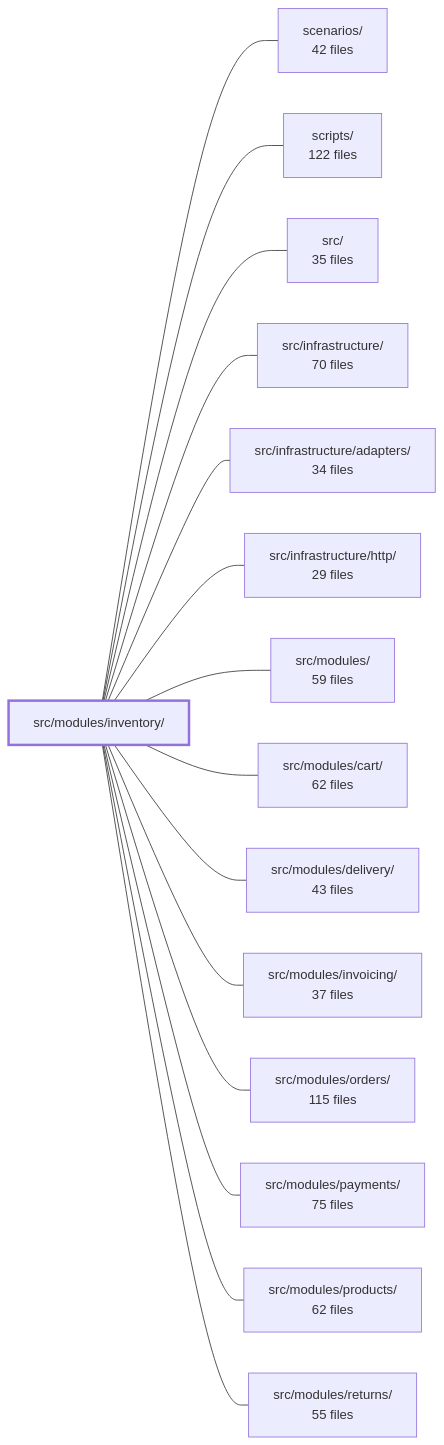
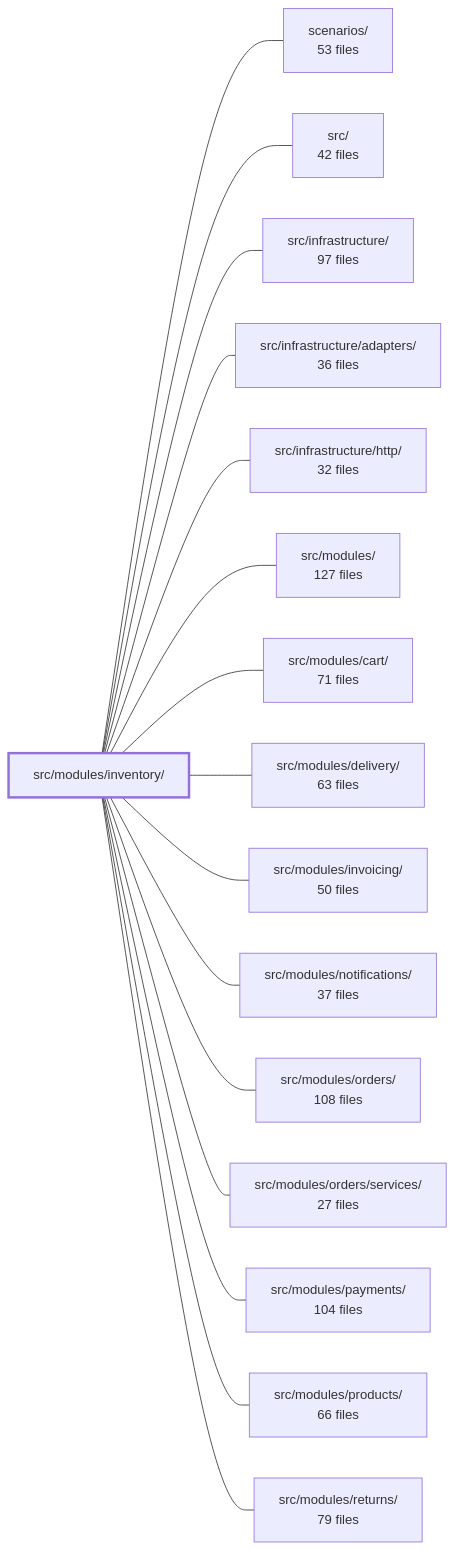
The diagram in .2brain/modules/boilerplate-node-backend_src_modules_inventory.md (Guebbit/boilerplate-node-backend), drawn with Mermaid before and after one commit. The commit also changed other lines of this file and 1775 other files, not shown here.

````diff
--- a/.2brain/modules/boilerplate-node-backend_src_modules_inventory.md
+++ b/.2brain/modules/boilerplate-node-backend_src_modules_inventory.md
@@ -44,33 +44,35 @@
 ```mermaid
 flowchart LR
     m_src_modules_inventory["src/modules/inventory/"]
-    m_scenarios["scenarios/<br/>42 files"]
-    m_scripts["scripts/<br/>122 files"]
-    m_src["src/<br/>35 files"]
-    m_src_infrastructure["src/infrastructure/<br/>70 files"]
-    m_src_infrastructure_adapters["src/infrastructure/adapters/<br/>34 files"]
-    m_src_infrastructure_http["src/infrastructure/http/<br/>29 files"]
-    m_src_modules["src/modules/<br/>59 files"]
-    m_src_modules_cart["src/modules/cart/<br/>62 files"]
-    m_src_modules_delivery["src/modules/delivery/<br/>43 files"]
-    m_src_modules_invoicing["src/modules/invoicing/<br/>37 files"]
-    m_src_modules_orders["src/modules/orders/<br/>115 files"]
-    m_src_modules_payments["src/modules/payments/<br/>75 files"]
-    m_src_modules_products["src/modules/products/<br/>62 files"]
-    m_src_modules_returns["src/modules/returns/<br/>55 files"]
+    m_scenarios["scenarios/<br/>53 files"]
+    m_src["src/<br/>42 files"]
+    m_src_infrastructure["src/infrastructure/<br/>97 files"]
+    m_src_infrastructure_adapters["src/infrastructure/adapters/<br/>36 files"]
+    m_src_infrastructure_http["src/infrastructure/http/<br/>32 files"]
+    m_src_modules["src/modules/<br/>127 files"]
+    m_src_modules_cart["src/modules/cart/<br/>71 files"]
+    m_src_modules_delivery["src/modules/delivery/<br/>63 files"]
+    m_src_modules_invoicing["src/modules/invoicing/<br/>50 files"]
+    m_src_modules_notifications["src/modules/notifications/<br/>37 files"]
+    m_src_modules_orders["src/modules/orders/<br/>108 files"]
+    m_src_modules_orders_services["src/modules/orders/services/<br/>27 files"]
+    m_src_modules_payments["src/modules/payments/<br/>104 files"]
+    m_src_modules_products["src/modules/products/<br/>66 files"]
+    m_src_modules_returns["src/modules/returns/<br/>79 files"]
     m_src_modules_inventory --- m_scenarios
-    m_src_modules_inventory --- m_scripts
     m_src_modules_inventory --- m_src
     m_src_modules_inventory --- m_src_infrastructure
     m_src_modules_inventory --- m_src_infrastructure_adapters
     m_src_modules_inventory --- m_src_infrastructure_http
     m_src_modules_inventory --- m_src_modules
     m_src_modules_inventory --- m_src_modules_cart
     m_src_modules_inventory --- m_src_modules_delivery
     m_src_modules_inventory --- m_src_modules_invoicing
+    m_src_modules_inventory --- m_src_modules_notifications
     m_src_modules_inventory --- m_src_modules_orders
+    m_src_modules_inventory --- m_src_modules_orders_services
     m_src_modules_inventory --- m_src_modules_payments
     m_src_modules_inventory --- m_src_modules_products
     m_src_modules_inventory --- m_src_modules_returns
     style m_src_modules_inventory stroke-width:3px
 ```
````
